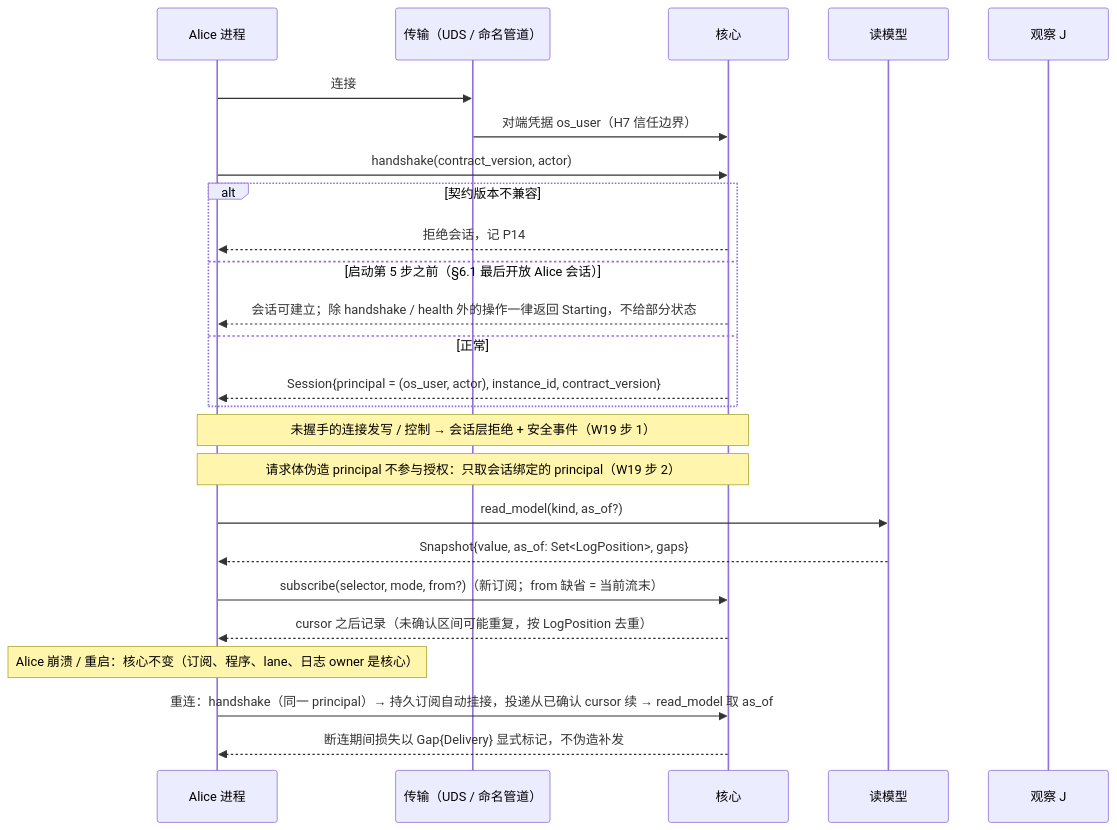
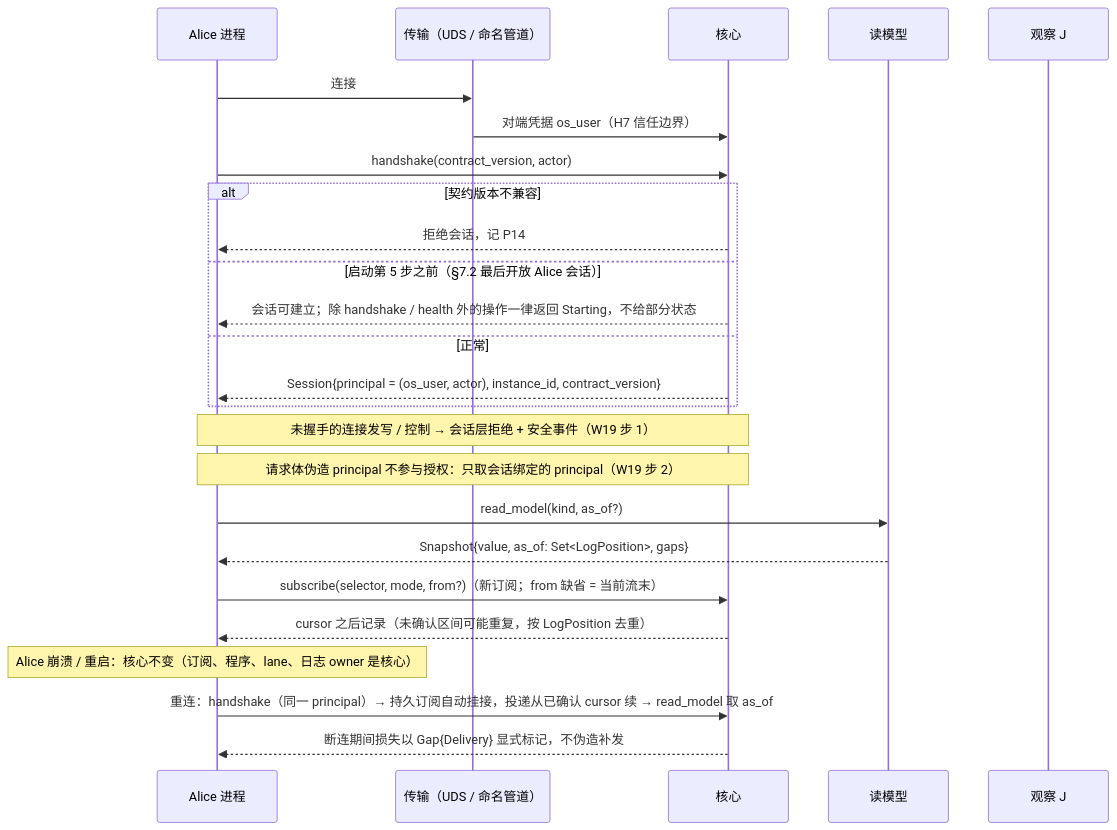
One commit to mouriya-s-lab/uta changed the first of 4 diagrams in design/diagrams/09-alice-session.md. Above: the diagram before and after it, drawn with Mermaid. The commit also changed other lines of this file and 24 other files, not shown here.

````diff
--- a/design/diagrams/09-alice-session.md
+++ b/design/diagrams/09-alice-session.md
@@ -9,27 +9,27 @@
 ```mermaid
 sequenceDiagram
   participant A as Alice 进程
   participant TR as 传输（UDS / 命名管道）
   participant C as 核心
   participant RM as 读模型
   participant J as 观察 J
   A->>TR: 连接
   TR->>C: 对端凭据 os_user（H7 信任边界）
   A->>C: handshake(contract_version, actor)
   alt 契约版本不兼容
     C-->>A: 拒绝会话，记 P14
-  else 启动第 5 步之前（§6.1 最后开放 Alice 会话）
+  else 启动第 5 步之前（§7.2 最后开放 Alice 会话）
     C-->>A: 会话可建立；除 handshake / health 外的操作一律返回 Starting，不给部分状态
   else 正常
     C-->>A: Session{principal = (os_user, actor), instance_id, contract_version}
   end
   Note over A,C: 未握手的连接发写 / 控制 → 会话层拒绝 + 安全事件（W19 步 1）
   Note over A,C: 请求体伪造 principal 不参与授权：只取会话绑定的 principal（W19 步 2）
   A->>RM: read_model(kind, as_of?)
   RM-->>A: Snapshot{value, as_of: Set<LogPosition>, gaps}
   A->>C: subscribe(selector, mode, from?)（新订阅；from 缺省 = 当前流末）
   C-->>A: cursor 之后记录（未确认区间可能重复，按 LogPosition 去重）
   Note over A: Alice 崩溃 / 重启：核心不变（订阅、程序、lane、日志 owner 是核心）
   A->>C: 重连：handshake（同一 principal）→ 持久订阅自动挂接，投递从已确认 cursor 续 → read_model 取 as_of
   C-->>A: 断连期间损失以 Gap{Delivery} 显式标记，不伪造补发
 ```
````
